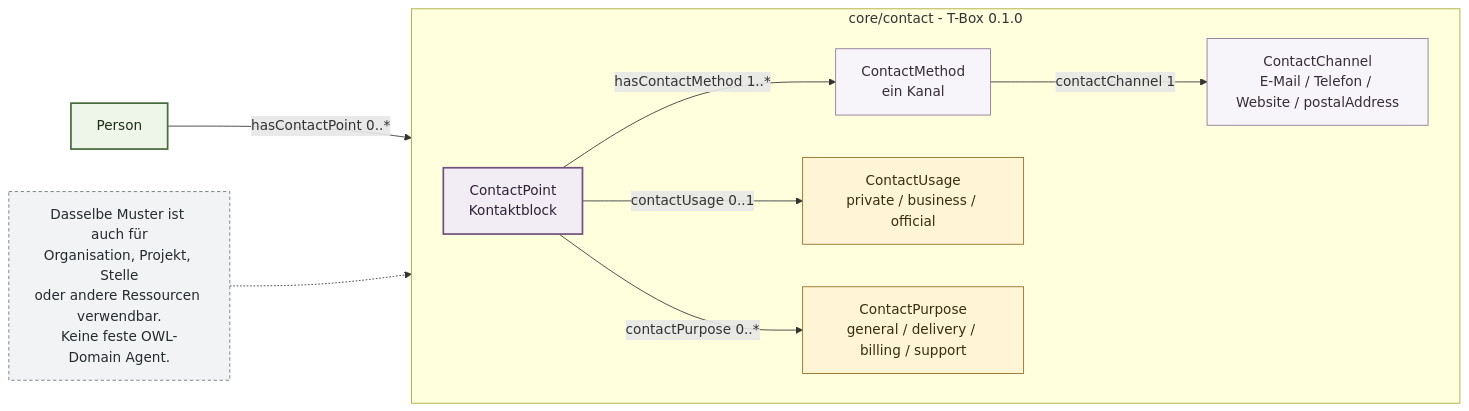
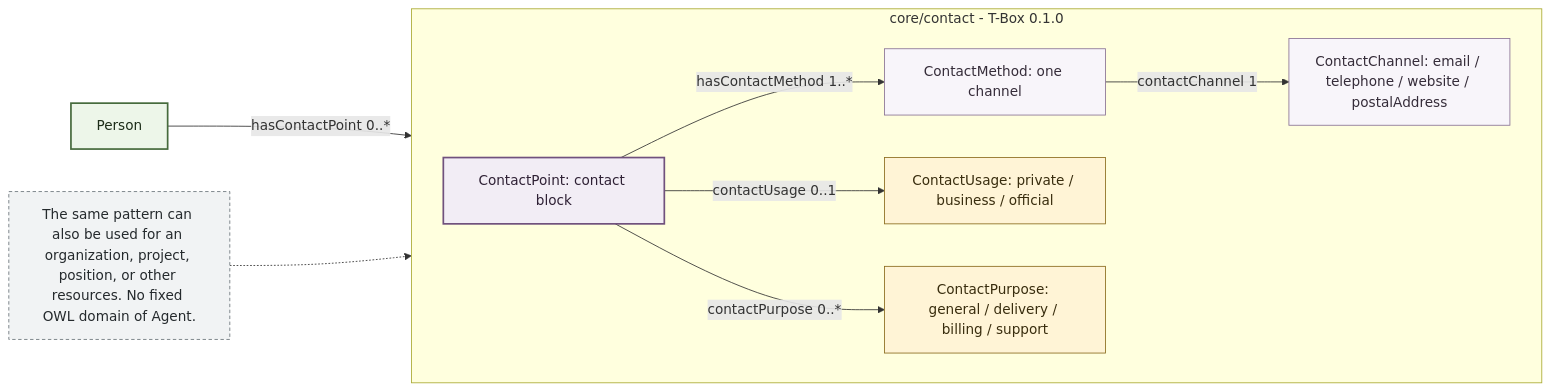
One commit to project-construct-x/constructx-ontologies changed the second of 3 diagrams in modules/core/person/docs/diagrams/person-concept-model.md. Above: the diagram before and after it, drawn with Mermaid. The commit also changed other lines of this file and 230 other files, not shown here.

````diff
--- a/modules/core/person/docs/diagrams/person-concept-model.md
+++ b/modules/core/person/docs/diagrams/person-concept-model.md
@@ -59,35 +59,35 @@
 ```mermaid
 flowchart LR
     Person["Person"]
 
     subgraph CONTACT["core/contact - T-Box 0.1.0"]
         direction LR
-        Point["ContactPoint<br/>Kontaktblock"]
-        Method["ContactMethod<br/>ein Kanal"]
-        Usage["ContactUsage<br/>private / business / official"]
-        Purpose["ContactPurpose<br/>general / delivery / billing / support"]
-        Channel["ContactChannel<br/>E-Mail / Telefon / Website / postalAddress"]
+        Point["ContactPoint: contact block"]
+        Method["ContactMethod: one channel"]
+        Usage["ContactUsage: private / business / official"]
+        Purpose["ContactPurpose: general / delivery / billing / support"]
+        Channel["ContactChannel: email / telephone / website / postalAddress"]
 
         Point -->|"hasContactMethod 1..*"| Method
         Point -->|"contactUsage 0..1"| Usage
         Point -->|"contactPurpose 0..*"| Purpose
         Method -->|"contactChannel 1"| Channel
     end
 
     Person -->|"hasContactPoint 0..*"| Point
 
-    Reuse["Dasselbe Muster ist auch für<br/>Organisation, Projekt, Stelle<br/>oder andere Ressourcen verwendbar.<br/>Keine feste OWL-Domain Agent."]
+    Reuse["The same pattern can also be used for an organization, project, position, or other resources. No fixed OWL domain of Agent."]
     Reuse -.-> Point
 
     classDef person fill:#edf6e9,stroke:#466b3c,color:#1d2d19,stroke-width:2px;
     classDef assignment fill:#f2edf5,stroke:#70517d,color:#2f2135,stroke-width:2px;
     classDef contact fill:#f8f5fa,stroke:#8a7394,color:#352c39;
     classDef context fill:#fff4d6,stroke:#8c6d1f,color:#392d0e;
     classDef note fill:#f1f3f4,stroke:#6b747a,color:#252a2d,stroke-dasharray:4 3;
 
     class Person person;
     class Point assignment;
     class Method,Channel contact;
     class Usage,Purpose context;
     class Reuse note;
 ```
````
